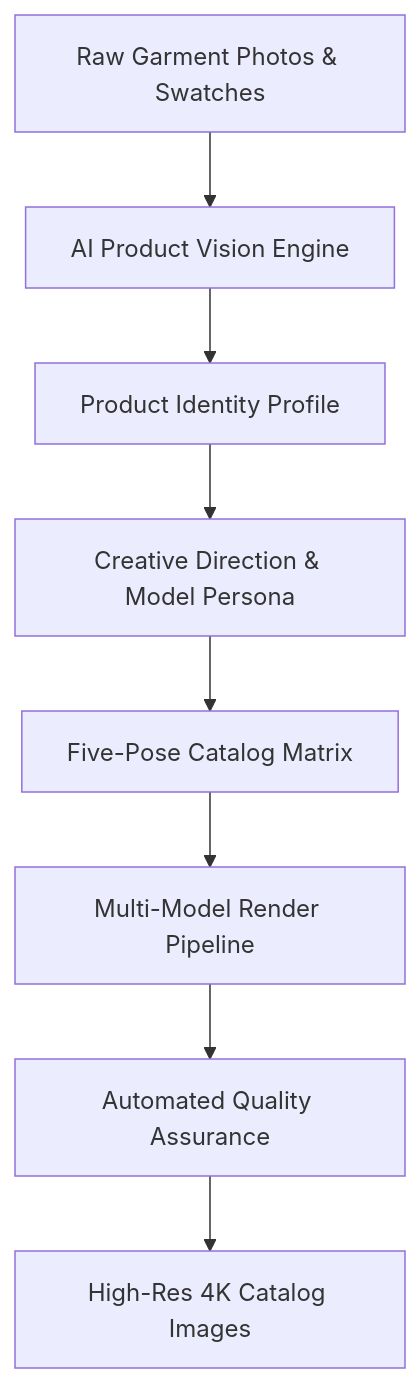
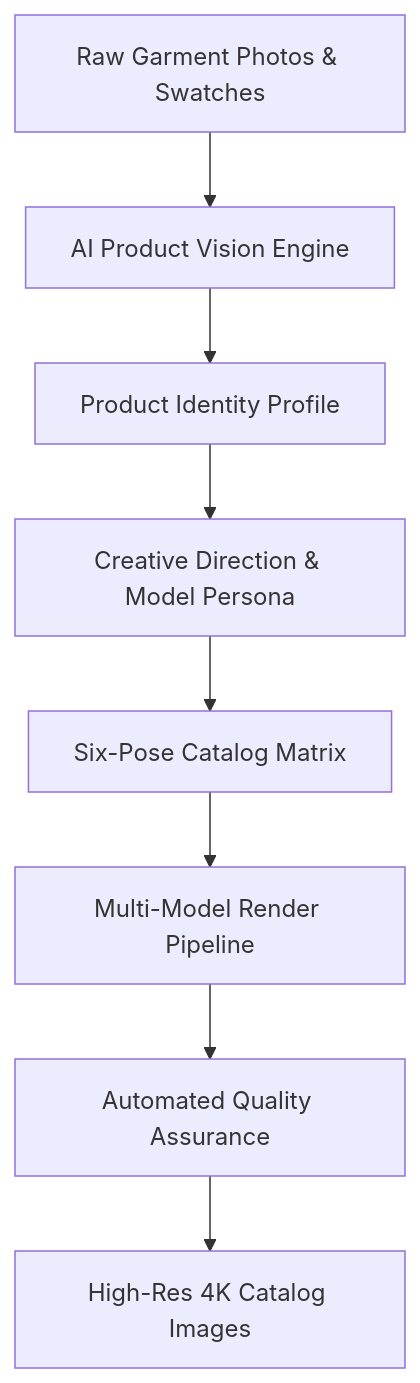
The diagram in youthnic-ai-studio-docs/studio/overview.mdx (pawanshukla500/aistudio-youthnic), drawn with Mermaid before and after one commit. The commit also changed other lines of this file and 72 other files, not shown here.

````diff
--- a/youthnic-ai-studio-docs/studio/overview.mdx
+++ b/youthnic-ai-studio-docs/studio/overview.mdx
@@ -10,10 +10,10 @@
 ```mermaid
 graph TD
     A[Raw Garment Photos & Swatches] --> B[AI Product Vision Engine]
     B --> C[Product Identity Profile]
     C --> D[Creative Direction & Model Persona]
-    D --> E[Five-Pose Catalog Matrix]
+    D --> E[Six-Pose Catalog Matrix]
     E --> F[Multi-Model Render Pipeline]
     F --> G[Automated Quality Assurance]
     G --> H[High-Res 4K Catalog Images]
 ```
````
